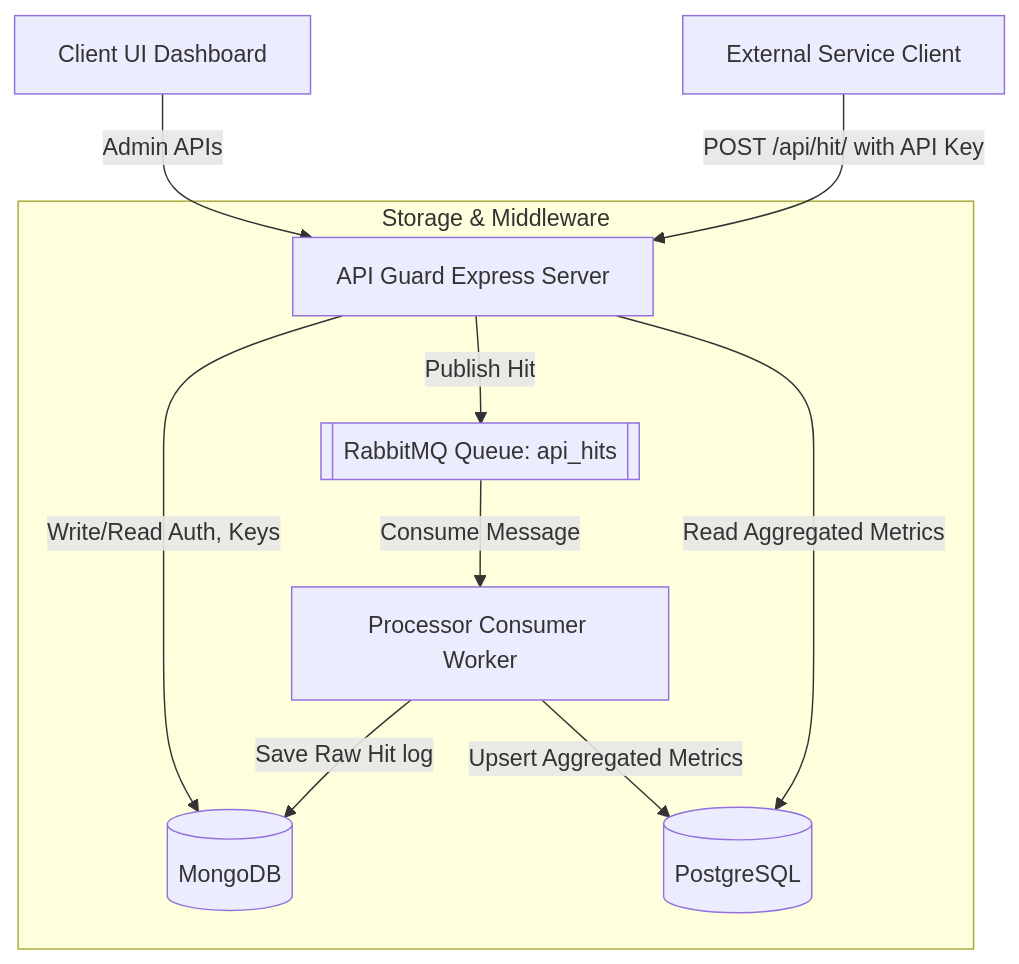
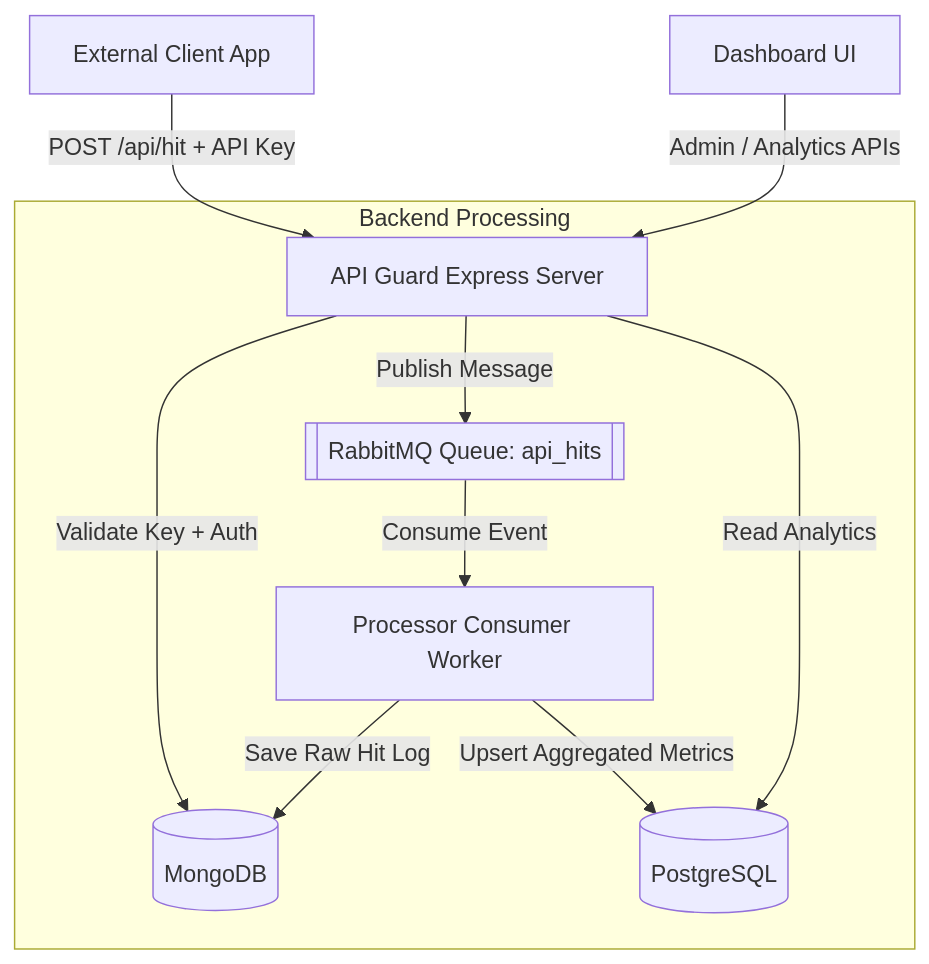
The diagram in README.md (pratham9634/api-guard), drawn with Mermaid before and after one commit. The commit also changed other lines of this file, not shown here.

````diff
--- a/README.md
+++ b/README.md
@@ -43,17 +83,14 @@
 ```mermaid
 graph TD
-    ClientApp[Client UI Dashboard] -->|Admin APIs| API_Server[API Guard Express Server]
-    API_Key_Consumer[External Service Client] -->|POST /api/hit/ with API Key| API_Server
-    
-    subgraph Storage & Middleware
-        API_Server -->|Write/Read Auth, Keys| MongoDB[(MongoDB)]
-        API_Server -->|Publish Hit| RabbitMQ[[RabbitMQ Queue: api_hits]]
-        
-        RabbitMQ -->|Consume Message| Worker[Processor Consumer Worker]
-        
-        Worker -->|Save Raw Hit log| MongoDB
-        Worker -->|Upsert Aggregated Metrics| Postgres[(PostgreSQL)]
-        
-        API_Server -->|Read Aggregated Metrics| Postgres
+    A[External Client App] -->|POST /api/hit + API Key| B[API Guard Express Server]
+    C[Dashboard UI] -->|Admin / Analytics APIs| B
+
+    subgraph Backend Processing
+        B -->|Validate Key + Auth| D[(MongoDB)]
+        B -->|Publish Message| E[[RabbitMQ Queue: api_hits]]
+        E -->|Consume Event| F[Processor Consumer Worker]
+        F -->|Save Raw Hit Log| D
+        F -->|Upsert Aggregated Metrics| G[(PostgreSQL)]
+        B -->|Read Analytics| G
     end
 ```
````
